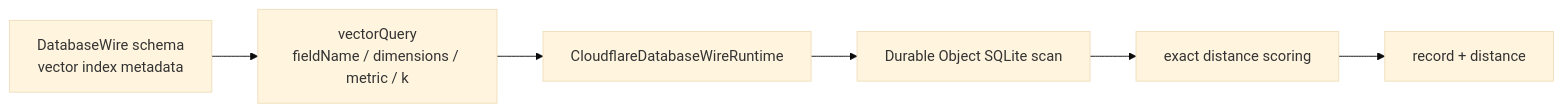
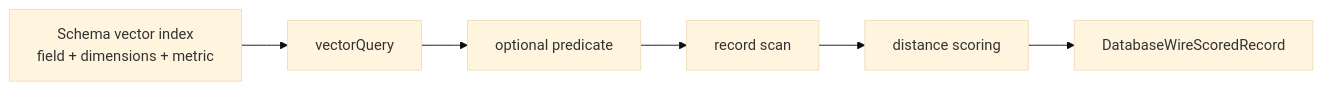
One commit to 1amageek/database-framework-cloudflare changed the fourth of 4 diagrams in README.md. Above: the diagram before and after it, drawn with Mermaid (base theme). The commit also changed other lines of this file, not shown here.

````diff
--- a/README.md
+++ b/README.md
@@ -106,8 +236,8 @@
 ```mermaid
 flowchart LR
-  Schema["DatabaseWire schema\nvector index metadata"] --> Query["vectorQuery\nfieldName / dimensions / metric / k"]
-  Query --> Runtime["CloudflareDatabaseWireRuntime"]
-  Runtime --> Scan["Durable Object SQLite scan"]
-  Scan --> Score["exact distance scoring"]
-  Score --> Result["record + distance"]
+  Schema["Schema vector index\nfield + dimensions + metric"] --> Request["vectorQuery"]
+  Request --> Predicate["optional predicate"]
+  Predicate --> Scan["record scan"]
+  Scan --> Score["distance scoring"]
+  Score --> Result["DatabaseWireScoredRecord"]
 ```
````
